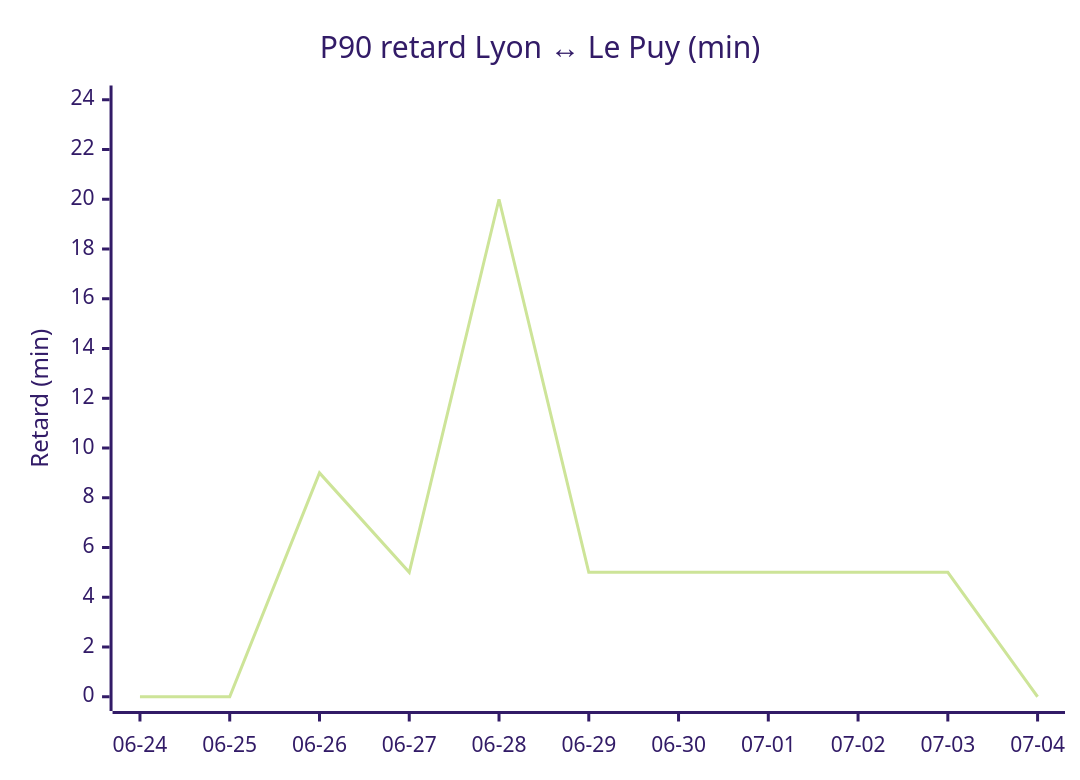
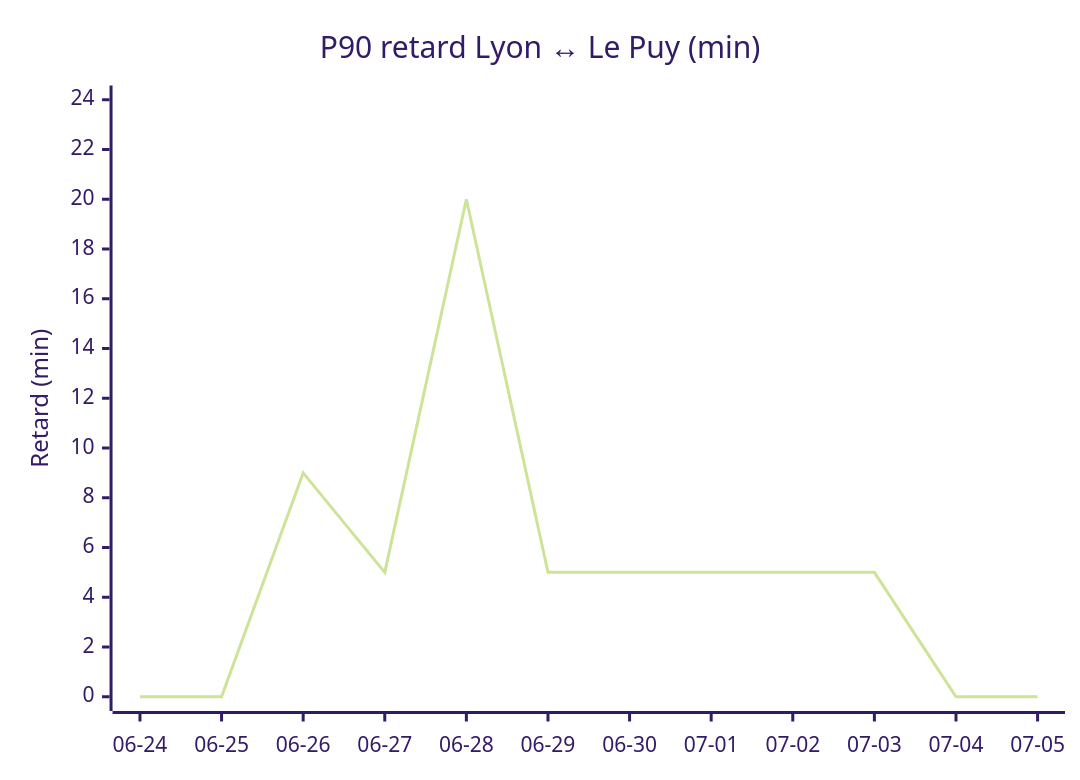
Before and after one commit to antoinerep/horaire-ter: the third of 4 diagrams in STATS.md, drawn with Mermaid (forest theme). The commit also changed other lines of this file and 1 other file, not shown here.

````diff
--- a/STATS.md
+++ b/STATS.md
@@ -83,7 +84,7 @@
 ```mermaid
 xychart-beta
     title "P90 retard Lyon ↔ Le Puy (min)"
-    x-axis ["06-24", "06-25", "06-26", "06-27", "06-28", "06-29", "06-30", "07-01", "07-02", "07-03", "07-04"]
+    x-axis ["06-24", "06-25", "06-26", "06-27", "06-28", "06-29", "06-30", "07-01", "07-02", "07-03", "07-04", "07-05"]
     y-axis "Retard (min)" 0 --> 24
-    line [0.0, 0.0, 9.0, 5.0, 20.0, 5.0, 5.0, 5.0, 5.0, 5.0, 0.0]
+    line [0.0, 0.0, 9.0, 5.0, 20.0, 5.0, 5.0, 5.0, 5.0, 5.0, 0.0, 0.0]
 ```
````
